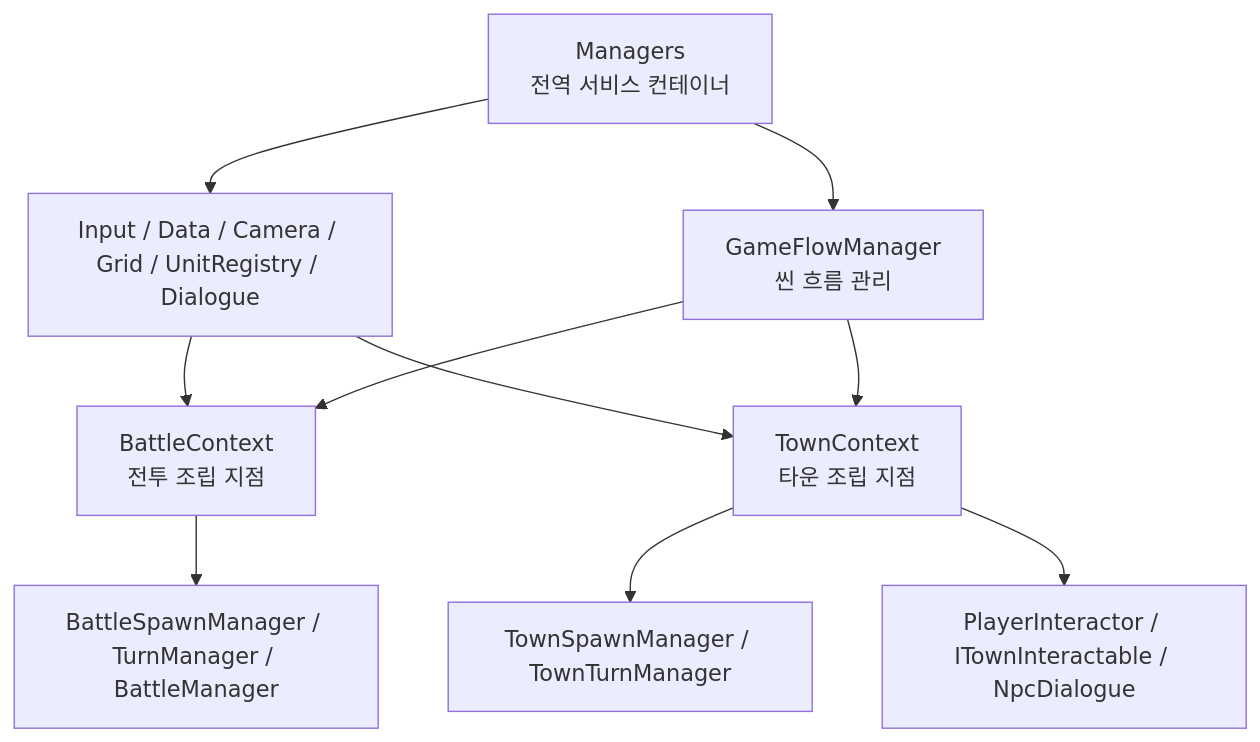
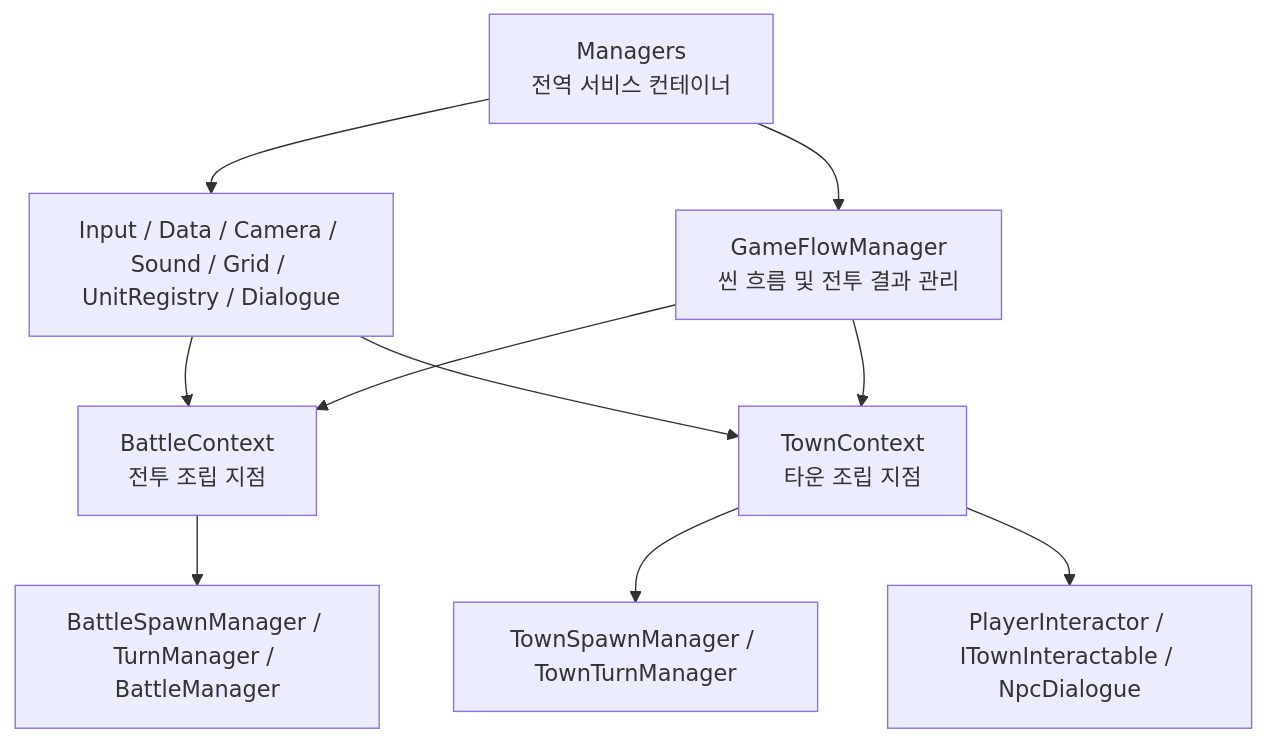
Before and after one commit to ra-ku/GridRPG-Portfolio: the second of 3 diagrams in README.md, drawn with Mermaid. The commit also changed other lines of this file, not shown here.

````diff
--- a/README.md
+++ b/README.md
@@ -75,21 +135,21 @@
 ```mermaid
 flowchart TD
     Managers["Managers<br/>전역 서비스 컨테이너"]
-    Global["Input / Data / Camera / Grid / UnitRegistry / Dialogue"]
-    Flow["GameFlowManager<br/>씬 흐름 관리"]
+    Global["Input / Data / Camera / Sound / Grid / UnitRegistry / Dialogue"]
+    Flow["GameFlowManager<br/>씬 흐름 및 전투 결과 관리"]
     BattleContext["BattleContext<br/>전투 조립 지점"]
     TownContext["TownContext<br/>타운 조립 지점"]
     BattleManagers["BattleSpawnManager / TurnManager / BattleManager"]
     TownManagers["TownSpawnManager / TownTurnManager"]
     Interaction["PlayerInteractor / ITownInteractable / NpcDialogue"]
 
     Managers --> Global
     Managers --> Flow
     Global --> BattleContext
     Global --> TownContext
     Flow --> BattleContext
     Flow --> TownContext
     BattleContext --> BattleManagers
     TownContext --> TownManagers
     TownContext --> Interaction
 ```
````
